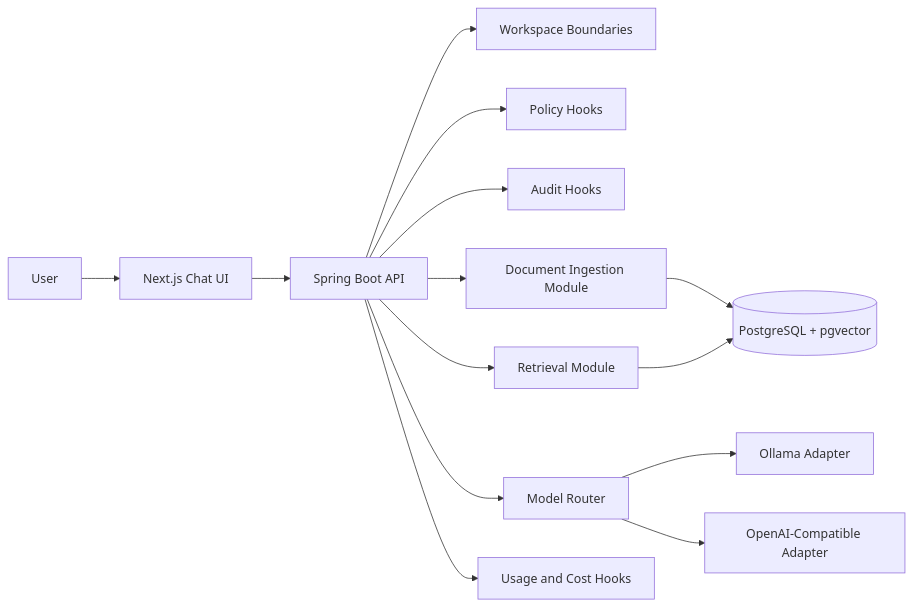
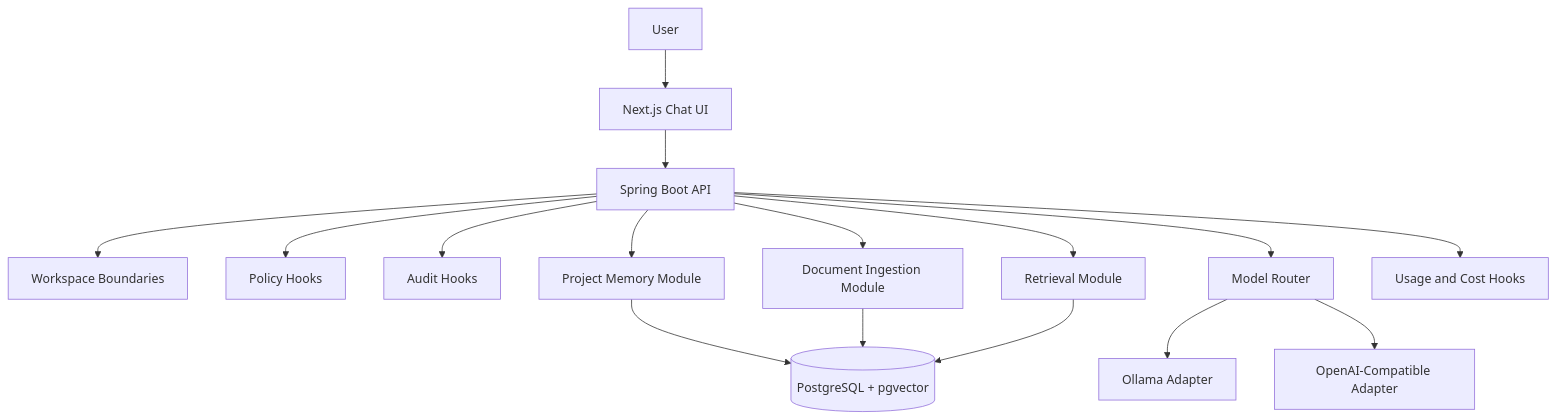
The first of 3 diagrams in docs/mvp.md (dcfrancisco/open-intelligence-platform), drawn with Mermaid before and after one commit. The commit also changed other lines of this file and 110 other files, not shown here.

First line of the commit message:
Add documentation and initial setup files for MVP and architecture

````diff
--- a/docs/mvp.md
+++ b/docs/mvp.md
@@ -64,16 +64,18 @@
 ```mermaid
-flowchart LR
+flowchart TD
     User[User] --> UI[Next.js Chat UI]
     UI --> API[Spring Boot API]
     API --> Workspace[Workspace Boundaries]
     API --> Policy[Policy Hooks]
     API --> Audit[Audit Hooks]
+    API --> Memory[Project Memory Module]
     API --> Ingest[Document Ingestion Module]
     API --> Retrieve[Retrieval Module]
     API --> Router[Model Router]
     API --> Cost[Usage and Cost Hooks]
+    Memory --> DB[(PostgreSQL + pgvector)]
     Ingest --> DB[(PostgreSQL + pgvector)]
     Retrieve --> DB
     Router --> Ollama[Ollama Adapter]
     Router --> OpenAICompat[OpenAI-Compatible Adapter]
 ```
````
